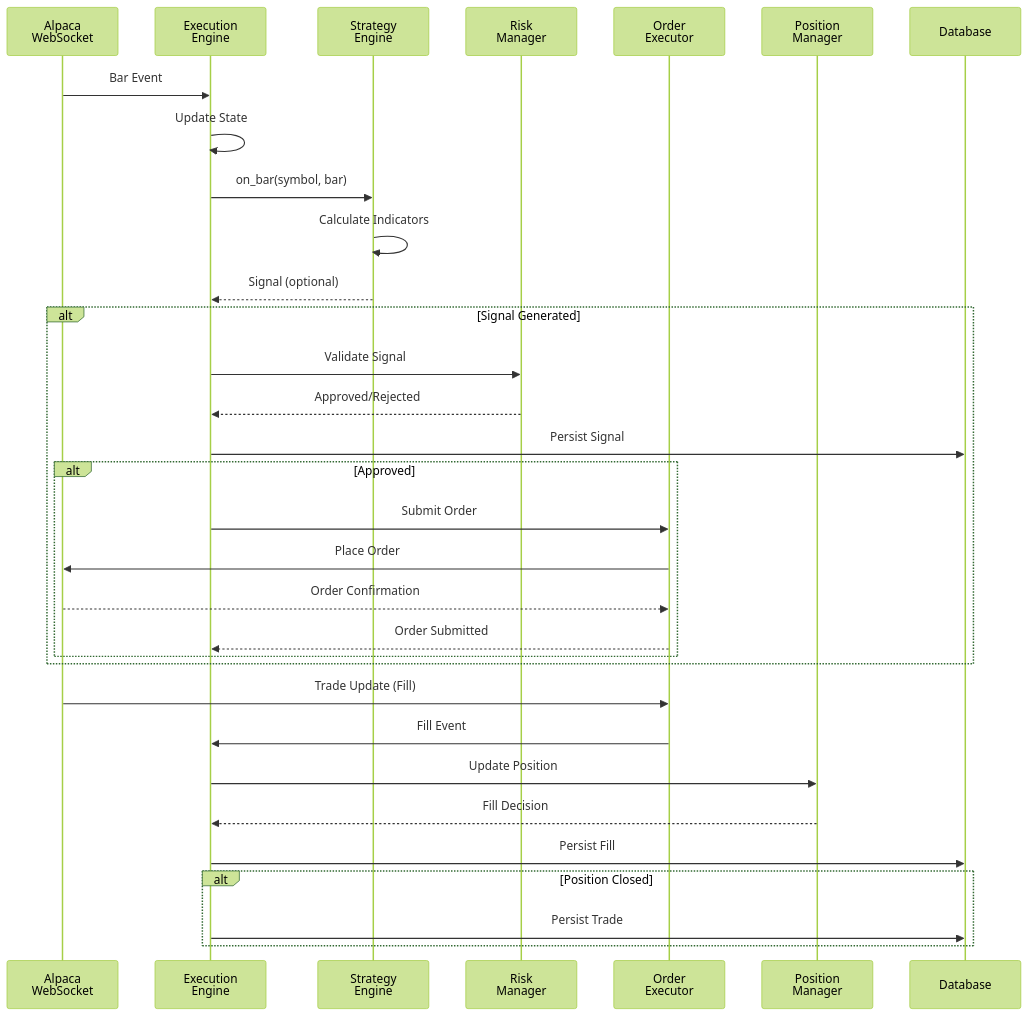
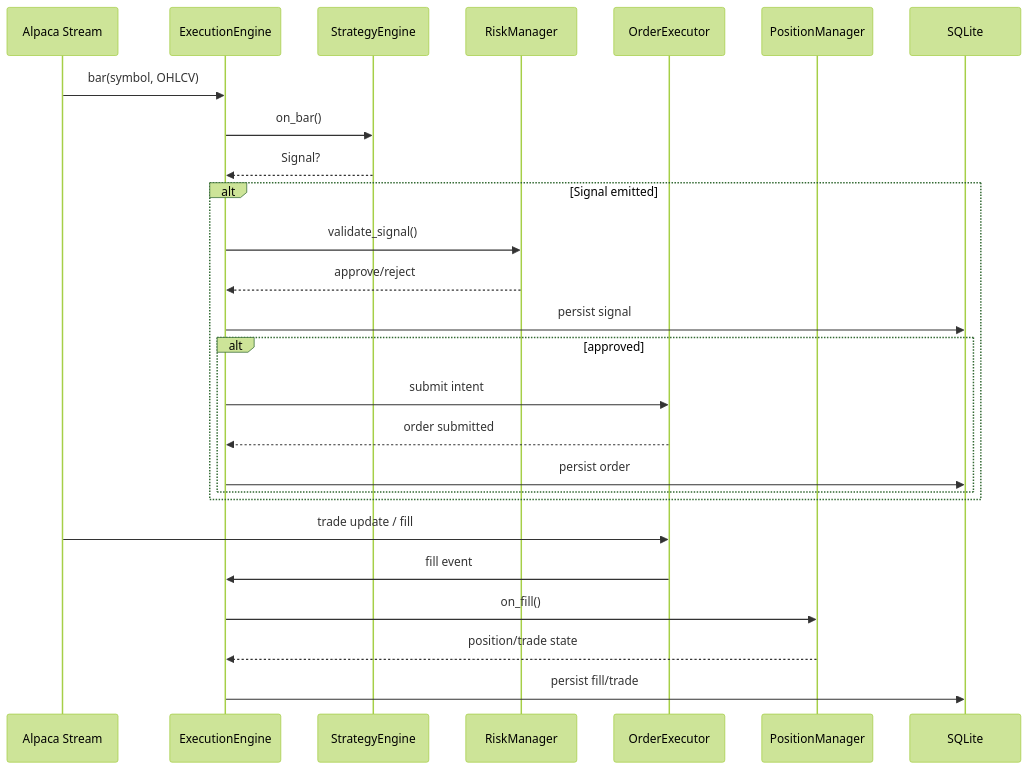
Before and after one commit to JasperDale420/Cerberus: the second of 2 diagrams in docs/architecture.md, drawn with Mermaid (forest theme). The commit also changed other lines of this file and 11 other files, not shown here.

````diff
--- a/docs/architecture.md
+++ b/docs/architecture.md
@@ -133,39 +45,29 @@
 ```mermaid
 sequenceDiagram
-    participant Alpaca as Alpaca<br/>WebSocket
-    participant Exec as Execution<br/>Engine
-    participant Strat as Strategy<br/>Engine
-    participant Risk as Risk<br/>Manager
-    participant Order as Order<br/>Executor
-    participant Pos as Position<br/>Manager
-    participant DB as Database
-    
-    Alpaca->>Exec: Bar Event
-    Exec->>Exec: Update State
-    Exec->>Strat: on_bar(symbol, bar)
-    Strat->>Strat: Calculate Indicators
-    Strat-->>Exec: Signal (optional)
-    
-    alt Signal Generated
-        Exec->>Risk: Validate Signal
-        Risk-->>Exec: Approved/Rejected
-        Exec->>DB: Persist Signal
-        
-        alt Approved
-            Exec->>Order: Submit Order
-            Order->>Alpaca: Place Order
-            Alpaca-->>Order: Order Confirmation
-            Order-->>Exec: Order Submitted
-        end
+  participant Feed as Alpaca Stream
+  participant Eng as ExecutionEngine
+  participant Strat as StrategyEngine
+  participant Risk as RiskManager
+  participant Ord as OrderExecutor
+  participant Pos as PositionManager
+  participant DB as SQLite
+
+  Feed->>Eng: bar(symbol, OHLCV)
+  Eng->>Strat: on_bar()
+  Strat-->>Eng: Signal?
+  alt Signal emitted
+    Eng->>Risk: validate_signal()
+    Risk-->>Eng: approve/reject
+    Eng->>DB: persist signal
+    alt approved
+      Eng->>Ord: submit intent
+      Ord-->>Eng: order submitted
+      Eng->>DB: persist order
     end
-    
-    Alpaca->>Order: Trade Update (Fill)
-    Order->>Exec: Fill Event
-    Exec->>Pos: Update Position
-    Pos-->>Exec: Fill Decision
-    Exec->>DB: Persist Fill
-    
-    alt Position Closed
-        Exec->>DB: Persist Trade
-    end
+  end
+  Feed->>Ord: trade update / fill
+  Ord->>Eng: fill event
+  Eng->>Pos: on_fill()
+  Pos-->>Eng: position/trade state
+  Eng->>DB: persist fill/trade
 ```
````
